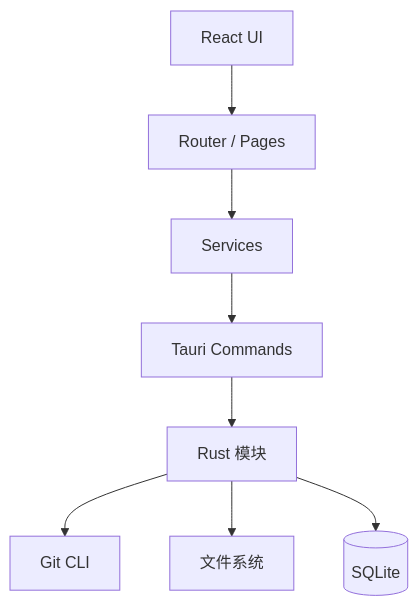
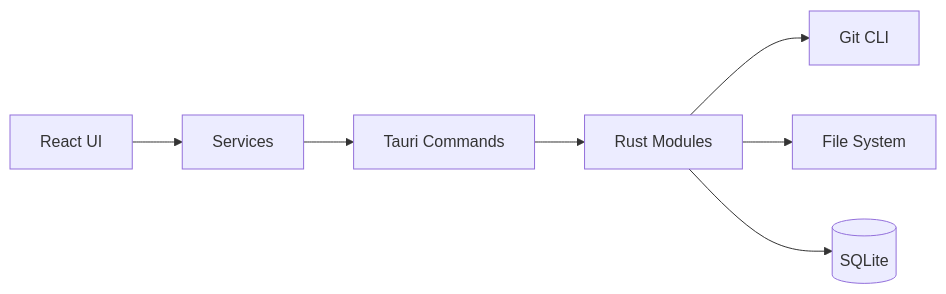
Before and after one commit to DonutGeek/jl-git: the diagram in README.md, drawn with Mermaid. The commit also changed other lines of this file and 38 other files, not shown here.

````diff
--- a/README.md
+++ b/README.md
@@ -138,10 +151,9 @@
 ```mermaid
-flowchart TB
-  UI[React UI] --> R[Router / Pages]
-  R --> S[Services]
-  S --> T[Tauri Commands]
-  T --> Rust[Rust 模块]
-  Rust --> Git[Git CLI]
-  Rust --> FS[文件系统]
-  Rust --> DB[(SQLite)]
+flowchart LR
+  UI["React UI"] --> Service["Services"]
+  Service --> Command["Tauri Commands"]
+  Command --> Rust["Rust Modules"]
+  Rust --> Git["Git CLI"]
+  Rust --> FS["File System"]
+  Rust --> DB[("SQLite")]
 ```
````
